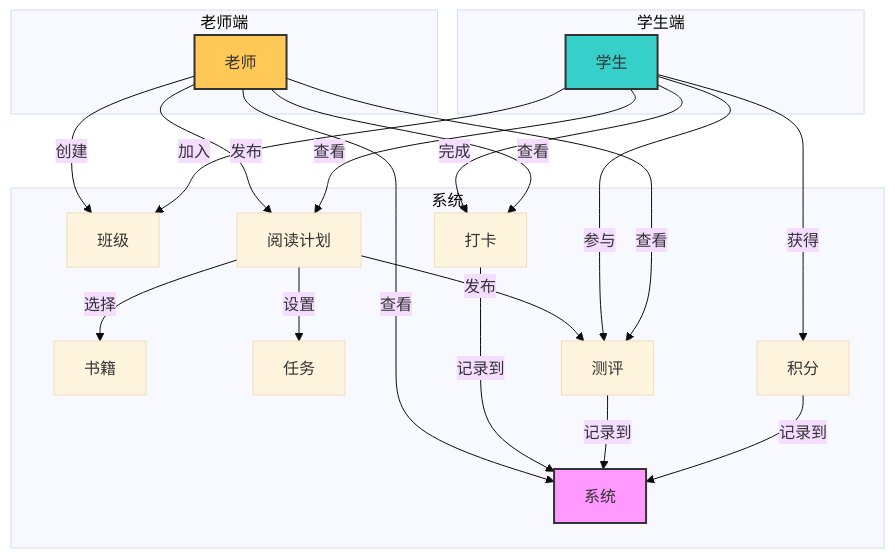
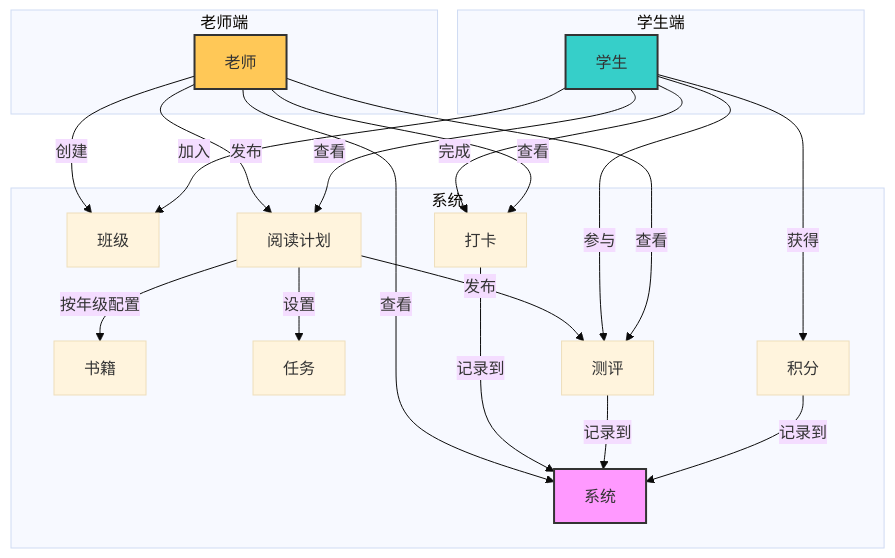
The eighth of 18 diagrams in 2-AI伴读V1.0/PRD文档/校校读吧学生端PRD_V1.0.md (22816523/math-kids), drawn with Mermaid (base theme) before and after one commit. The commit also changed other lines of this file and 1 other file, not shown here.

````diff
--- a/2-AI伴读V1.0/PRD文档/校校读吧学生端PRD_V1.0.md
+++ b/2-AI伴读V1.0/PRD文档/校校读吧学生端PRD_V1.0.md
@@ -600,45 +601,45 @@
 ```mermaid
 graph TB
     subgraph 老师端
         Teacher[老师]
     end
 
     subgraph 学生端
         Student[学生]
     end
 
     subgraph 系统
         System[系统]
         Class[班级]
         Plan[阅读计划]
         Book[书籍]
         Task[任务]
         Exam[测评]
         CheckIn[打卡]
         Points[积分]
     end
 
     Teacher -->|创建| Class
     Teacher -->|发布| Plan
-    Plan -->|选择| Book
+    Plan -->|按年级配置| Book
     Plan -->|设置| Task
     Plan -->|发布| Exam
 
     Student -->|加入| Class
     Student -->|查看| Plan
     Student -->|完成| CheckIn
     Student -->|参与| Exam
     Student -->|获得| Points
 
     Teacher -->|查看| CheckIn
     Teacher -->|查看| Exam
     Teacher -->|查看| System
 
     CheckIn -->|记录到| System
     Exam -->|记录到| System
     Points -->|记录到| System
 
     style Teacher fill:#FFC857,stroke:#333,stroke-width:2px
     style Student fill:#36CFC9,stroke:#333,stroke-width:2px
     style System fill:#f9f,stroke:#333,stroke-width:2px
 ```
````
